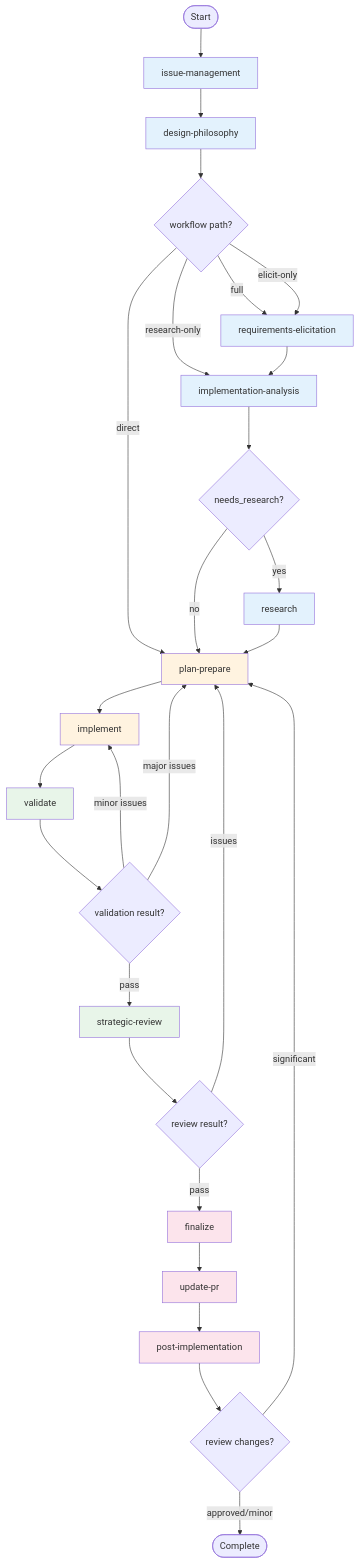
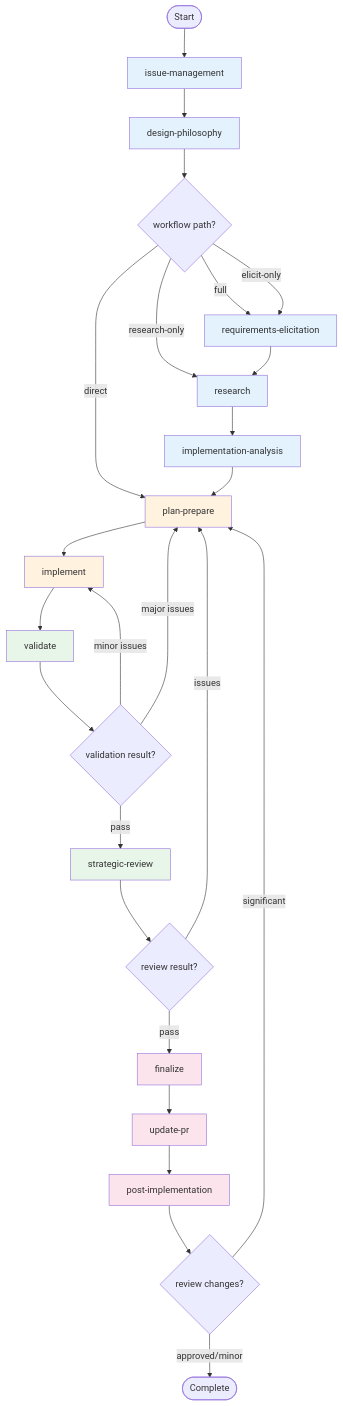
Before and after one commit to m2ux/workflow-server: the first of 13 diagrams in work-package/README.md, drawn with Mermaid. The commit also changed other lines of this file and 4 other files, not shown here.

First line of the commit message:
refactor: swap Research and Implementation Analysis order

````diff
--- a/work-package/README.md
+++ b/work-package/README.md
@@ -29,50 +29,47 @@
 ```mermaid
 graph TD
     Start([Start]) --> IM[issue-management]
     IM --> DP[design-philosophy]
     
     DP --> PATH{workflow path?}
     PATH -->|full| REL[requirements-elicitation]
     PATH -->|elicit-only| REL
-    PATH -->|research-only| IA
+    PATH -->|research-only| RS
     PATH -->|direct| PP
     
-    REL --> IA[implementation-analysis]
-    
-    IA --> RES{needs_research?}
-    RES -->|yes| RS[research]
-    RES -->|no| PP
-    RS --> PP[plan-prepare]
+    REL --> RS[research]
+    RS --> IA[implementation-analysis]
+    IA --> PP[plan-prepare]
     
     PP --> IMP[implement]
     IMP --> VAL[validate]
     
     VAL --> VD{validation result?}
     VD -->|pass| SR[strategic-review]
     VD -->|minor issues| IMP
     VD -->|major issues| PP
     
     SR --> SRD{review result?}
     SRD -->|pass| FIN[finalize]
     SRD -->|issues| PP
     
     FIN --> UPR[update-pr]
     UPR --> PI[post-implementation]
     
     PI --> PID{review changes?}
     PID -->|significant| PP
     PID -->|approved/minor| Done([Complete])
     
     style IM fill:#e3f2fd
     style DP fill:#e3f2fd
     style REL fill:#e3f2fd
     style IA fill:#e3f2fd
     style RS fill:#e3f2fd
     style PP fill:#fff3e0
     style IMP fill:#fff3e0
     style VAL fill:#e8f5e9
     style SR fill:#e8f5e9
     style FIN fill:#fce4ec
     style UPR fill:#fce4ec
     style PI fill:#fce4ec
 ```
````
